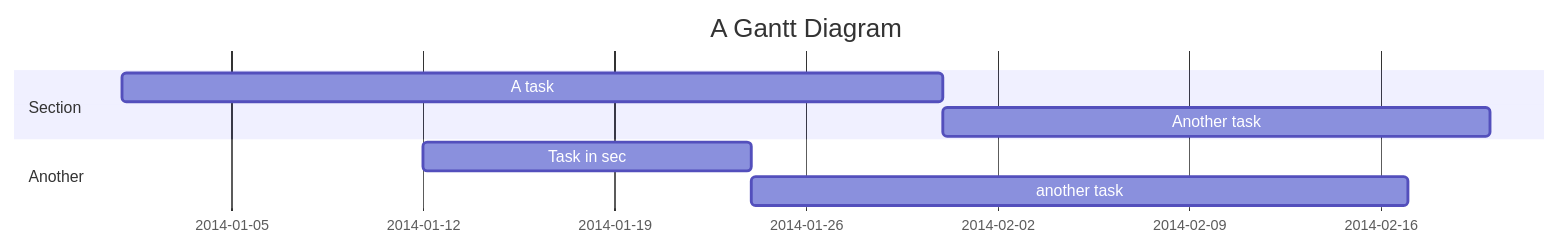
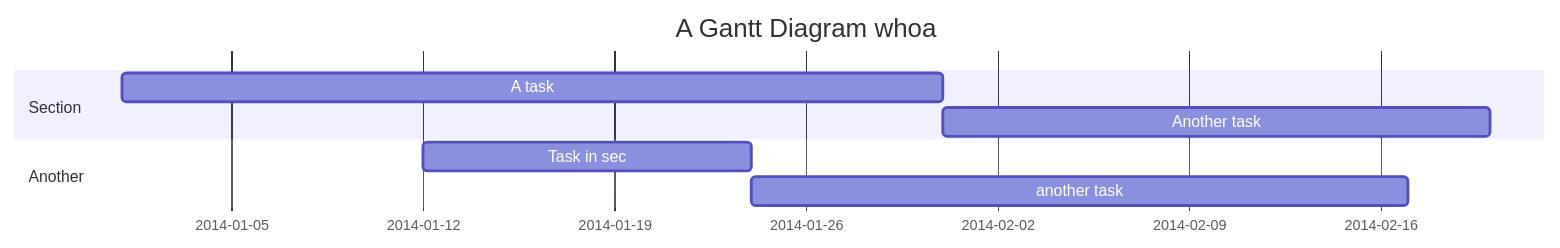
Before and after one commit to TinXsat/project-structure: the diagram in gantt-chart.mermaid, drawn with Mermaid.

Commit message:
Try to change this to see what happens

```diff
--- a/gantt-chart.mermaid
+++ b/gantt-chart.mermaid
@@ -1,9 +1,9 @@
 gantt
-    title A Gantt Diagram
+    title A Gantt Diagram whoa
     dateFormat  YYYY-MM-DD
     section Section
     A task           :a1, 2014-01-01, 30d
     Another task     :after a1  , 20d
     section Another
     Task in sec      :2014-01-12  , 12d
     another task      : 24d
```
